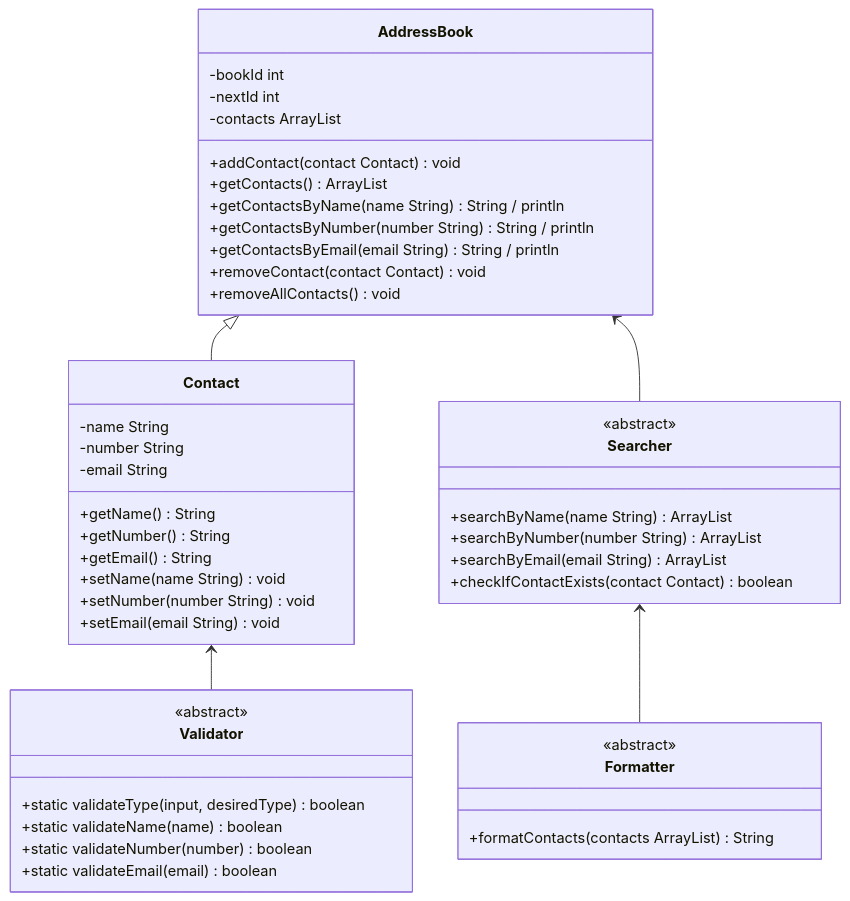
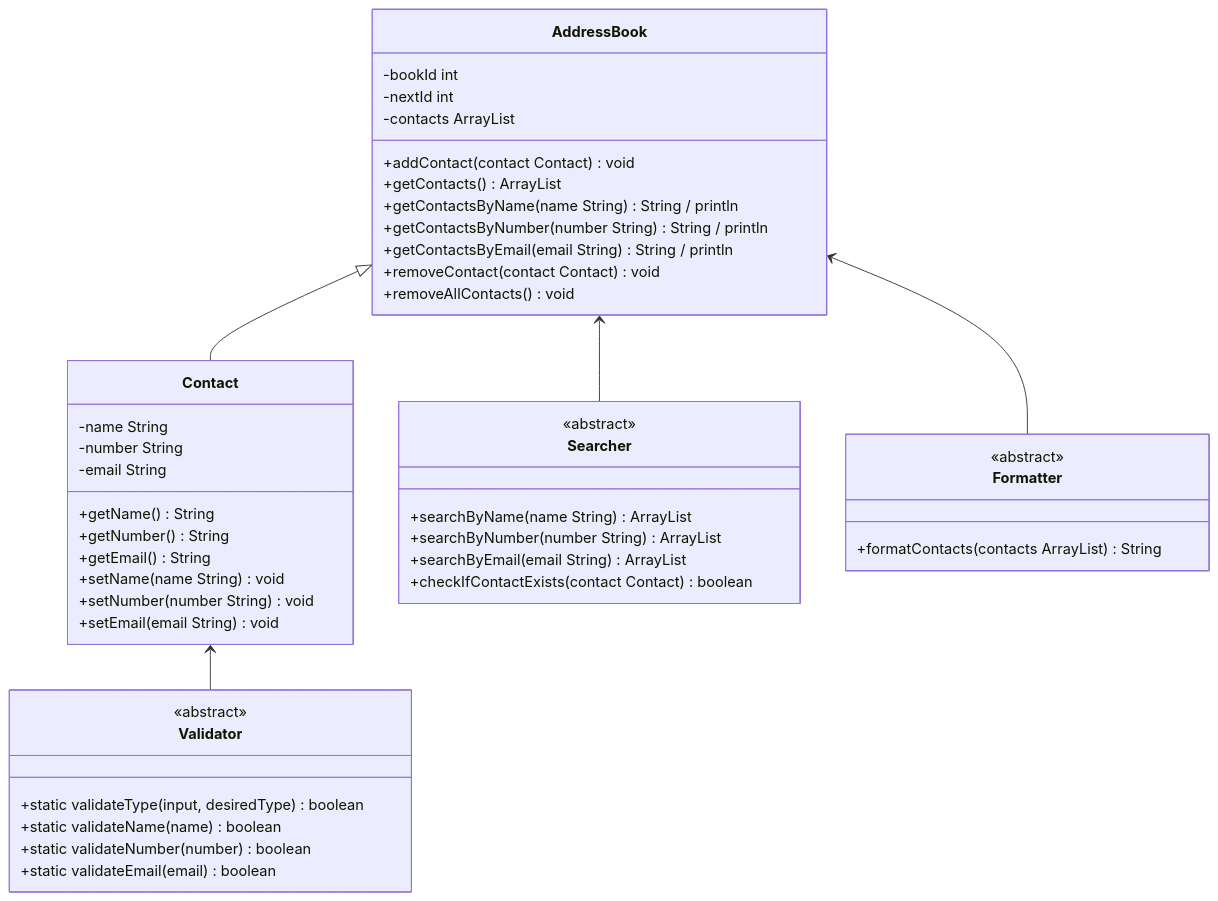
The diagram in docs/domain-models-test-plan.md (retcon1/dfa-challenge-3-address-book), drawn with Mermaid before and after one commit. The commit also changed other lines of this file and 3 other files, not shown here.

````diff
--- a/docs/domain-models-test-plan.md
+++ b/docs/domain-models-test-plan.md
@@ -43,53 +43,53 @@
 ```mermaid
 classDiagram
     class AddressBook {
         -bookId int
         -nextId int
         -contacts ArrayList<Contact>
         +addContact(contact Contact) void
         +getContacts() ArrayList<Contact>
         +getContactsByName(name String) String / println
         +getContactsByNumber(number String) String / println
         +getContactsByEmail(email String) String / println
         +removeContact(contact Contact) void
         +removeAllContacts() void
     }
     
     class Contact {
         -name String
         -number String
         -email String
         +getName() String
         +getNumber() String
         +getEmail() String
         +setName(name String) void
         +setNumber(number String) void
         +setEmail(email String) void
     }
     
     class Validator {
         <<abstract>>
         +static validateType(input, desiredType) boolean
         +static validateName(name) boolean
         +static validateNumber(number) boolean
         +static validateEmail(email) boolean
     }
     
     class Searcher {
         <<abstract>>
         +searchByName(name String) ArrayList<Contact>
         +searchByNumber(number String) ArrayList<Contact>
         +searchByEmail(email String) ArrayList<Contact>
         +checkIfContactExists(contact Contact) boolean
     }
     
     class Formatter {
         <<abstract>>
         +formatContacts(contacts ArrayList) String
     }
-    
+
     AddressBook <|-- Contact
     AddressBook <-- Searcher
-    Searcher <-- Formatter
+    AddressBook <-- Formatter
     Contact <-- Validator
 ```
````
